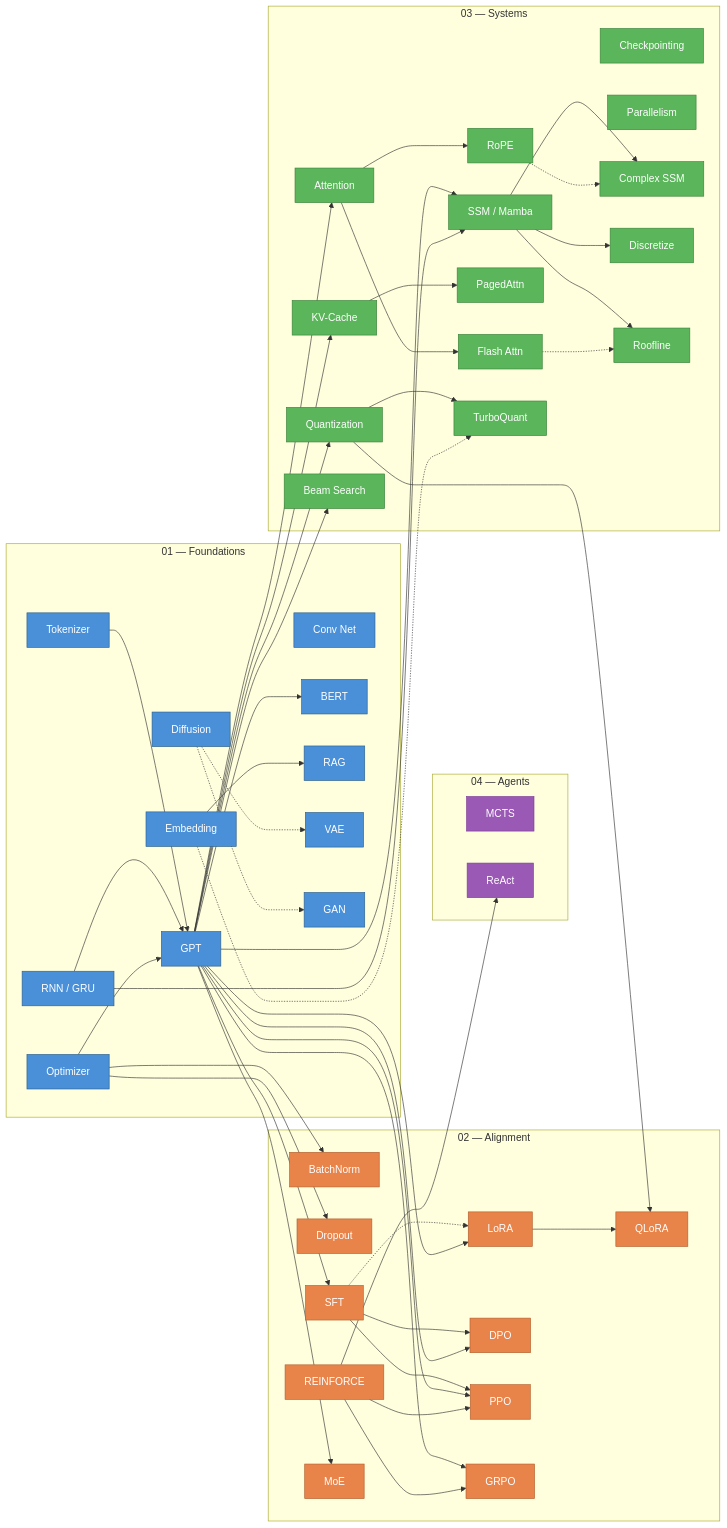
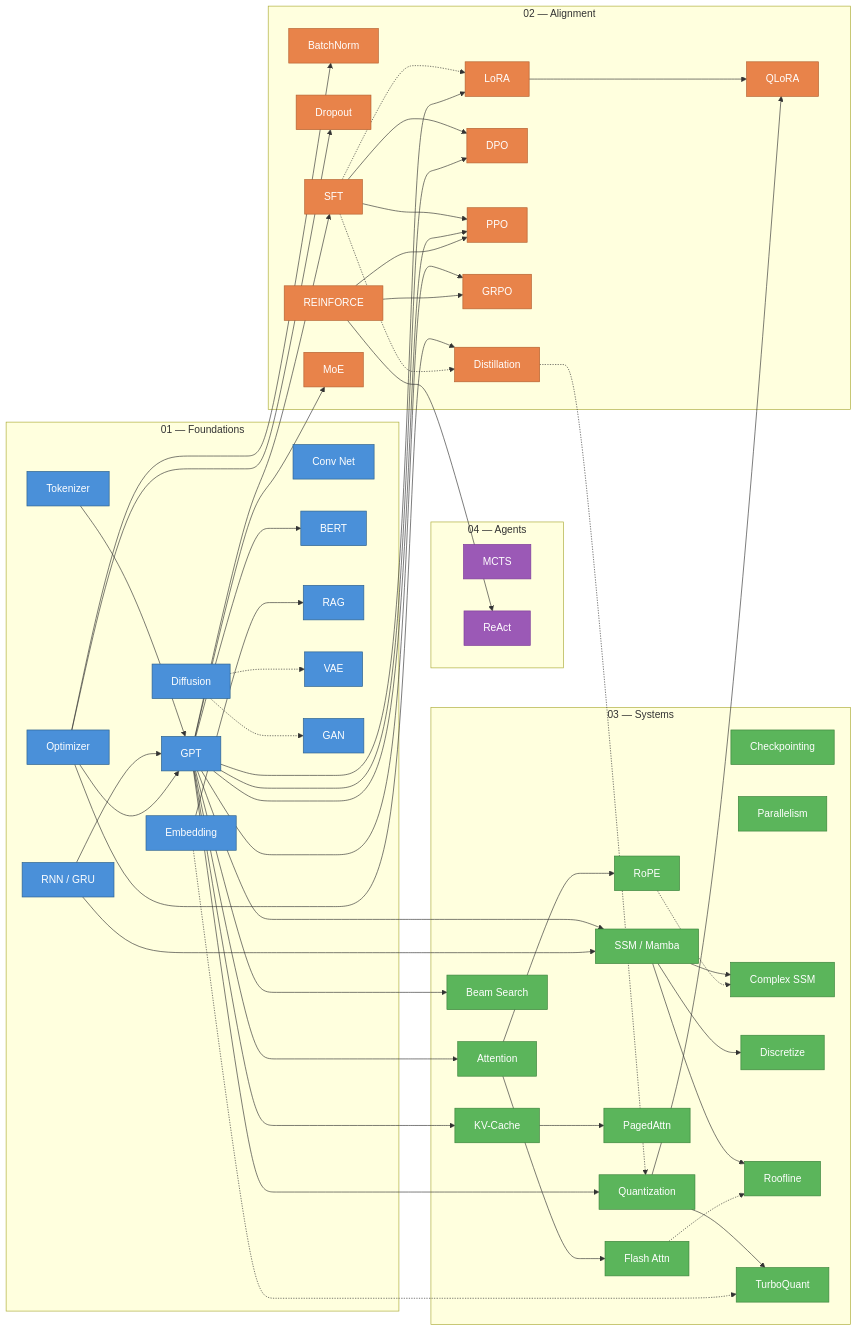
Before and after one commit to no-magic-ai/no-magic: the diagram in README.md, drawn with Mermaid. The commit also changed other lines of this file and 10 other files, not shown here.

````diff
--- a/README.md
+++ b/README.md
@@ -437,6 +440,7 @@
     PPO["PPO"]
     GRPO["GRPO"]
     MOE["MoE"]
+    KD["Distillation"]
   end
 
   %% === 04-AGENTS ===
@@ -485,6 +489,9 @@
   LORA --> QLORA
   REINF --> PPO
   REINF --> GRPO
+  OPT --> KD
+  SFT -.-> KD
+  KD -.-> QUANT
   OPT --> BN
   OPT --> DROP
 
@@ -518,7 +525,7 @@
 
   %% --- Apply styles ---
   class TOK,EMB,OPT,RNN,CONV,GPT,BERT,RAG,DIFF,VAE,GAN foundations
-  class BN,DROP,SFT,LORA,QLORA,DPO,REINF,PPO,GRPO,MOE alignment
+  class BN,DROP,SFT,LORA,QLORA,DPO,REINF,PPO,GRPO,MOE,KD alignment
   class ATTN,FLASH,ROPE,KV,PAGED,QUANT,BEAM,CKPT,PAR,SSM,CSSM,DISC,ROOF,TURBO systems
   class MCTS,REACT agents
 ```
````
